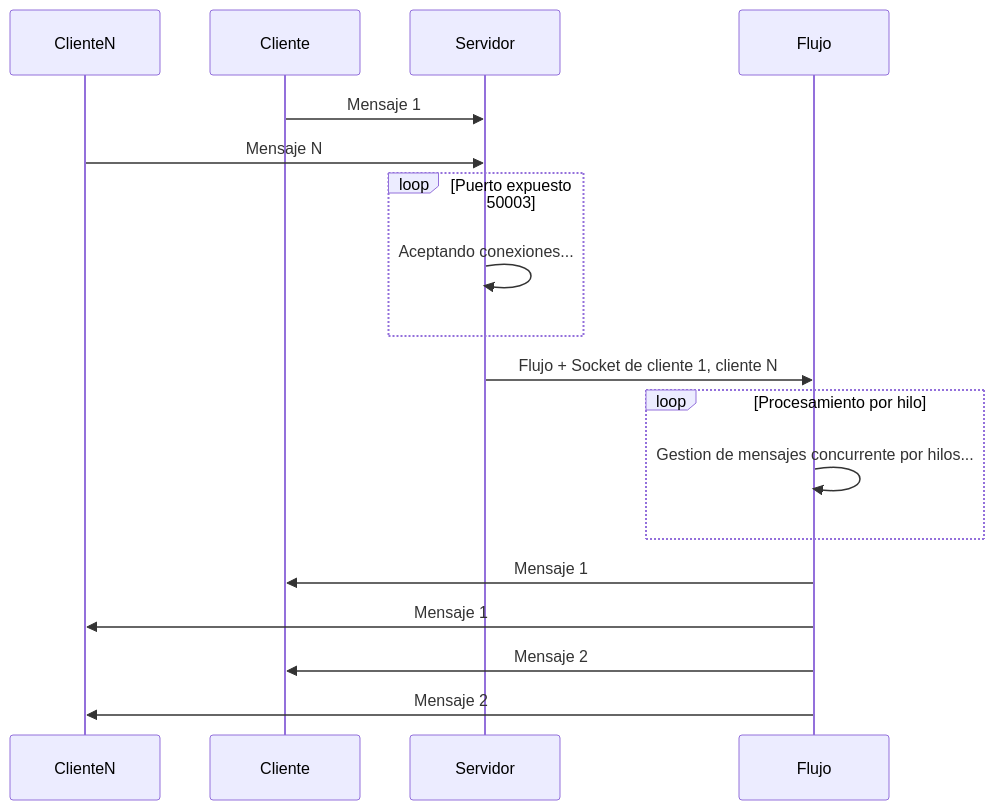
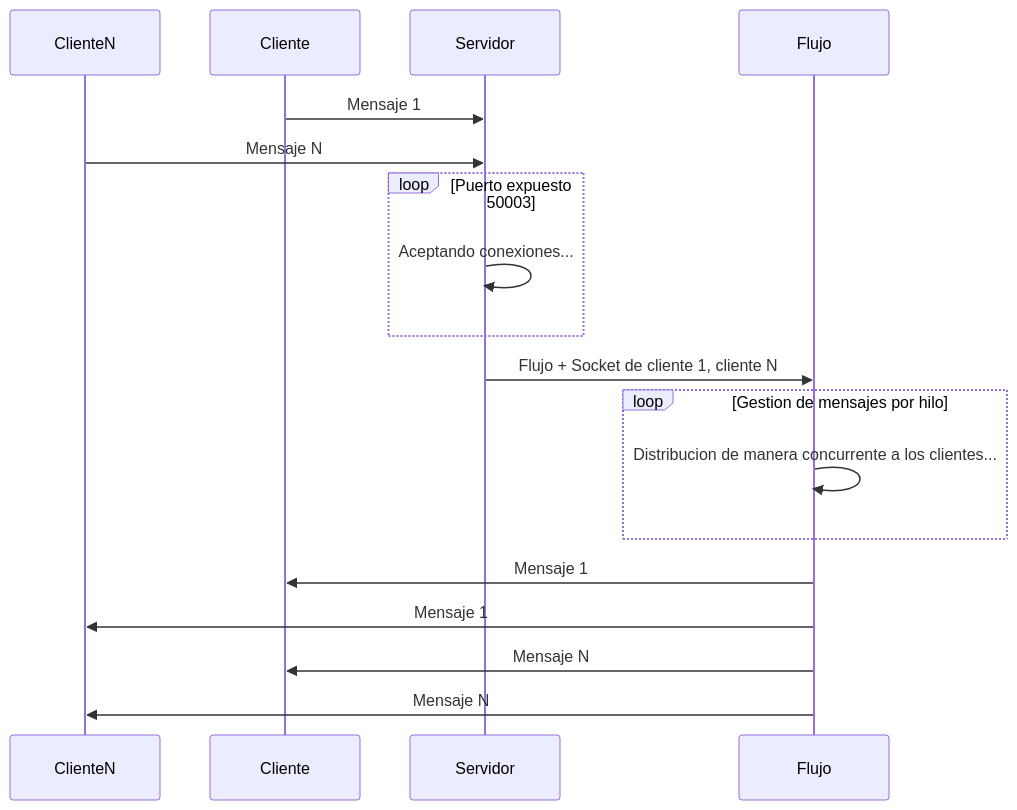
One commit to cdmzero/ChatSocketTCP changed the diagram in README.md. Above: the diagram before and after it, drawn with Mermaid. The commit also changed other lines of this file, not shown here.

````diff
--- a/README.md
+++ b/README.md
@@ -13,22 +13,22 @@
 ```mermaid
     sequenceDiagram
     
     participant ClienteN 
     participant Cliente 
     participant Servidor
     participant Flujo
     Cliente->>Servidor:Mensaje 1
     ClienteN->>Servidor:Mensaje N
     loop Puerto expuesto 50003
         Servidor->>Servidor: Aceptando conexiones... 
     end
     Servidor->>Flujo: Flujo + Socket de cliente 1, cliente N
-    loop Procesamiento por hilo
-        Flujo->>Flujo: Gestion de mensajes concurrente por hilos... 
+    loop Gestion de mensajes por hilo
+        Flujo->>Flujo: Distribucion de manera concurrente a los clientes... 
     end
     Flujo->>Cliente: Mensaje 1
     Flujo->>ClienteN: Mensaje 1
-    Flujo->>Cliente: Mensaje 2
-    Flujo->>ClienteN: Mensaje 2
+    Flujo->>Cliente: Mensaje N
+    Flujo->>ClienteN: Mensaje N
     
 ```
````
